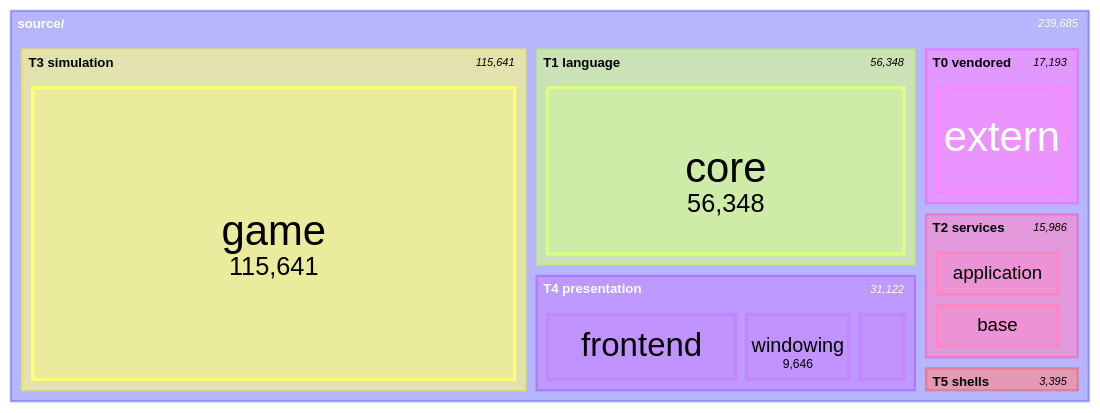
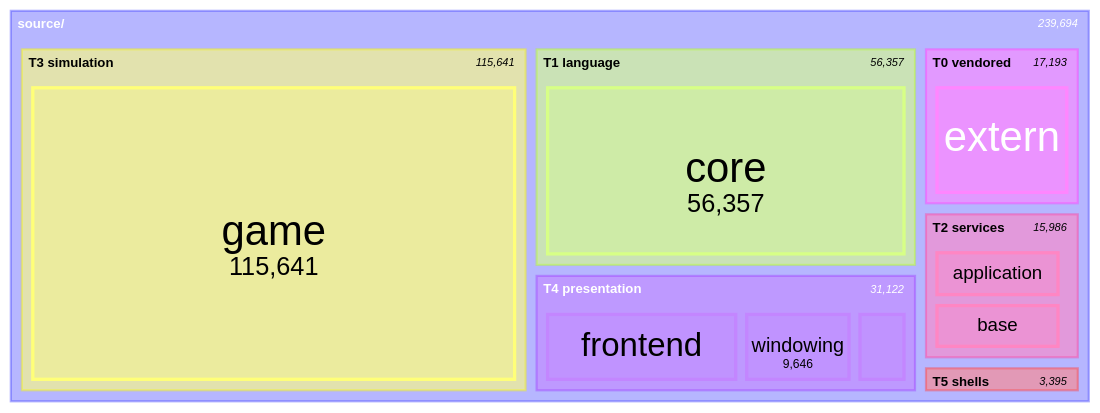
The seventh of 11 diagrams in docs/architecture/system-boundaries.md (apnex/OpenStarbound), drawn with Mermaid before and after one commit. The commit also changed other lines of this file and 4 other files, not shown here.

````diff
--- a/docs/architecture/system-boundaries.md
+++ b/docs/architecture/system-boundaries.md
@@ -592,22 +592,22 @@
 ```mermaid
 treemap-beta
 "source/"
     "T0 vendored"
         "extern": 17193
     "T1 language"
-        "core": 56348
+        "core": 56357
     "T2 services"
         "application": 7529
         "base": 7468
         "metrics": 847
         "platform": 142
     "T3 simulation"
         "game": 115641
     "T4 presentation"
         "frontend": 16863
         "windowing": 9646
         "rendering": 4613
     "T5 shells"
         "client": 2612
         "server": 783
 ```
````
